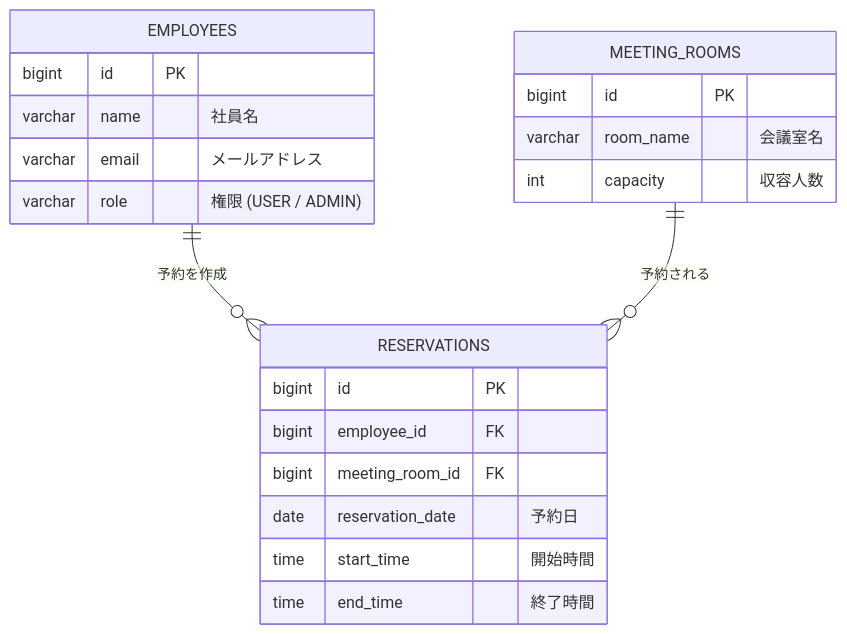
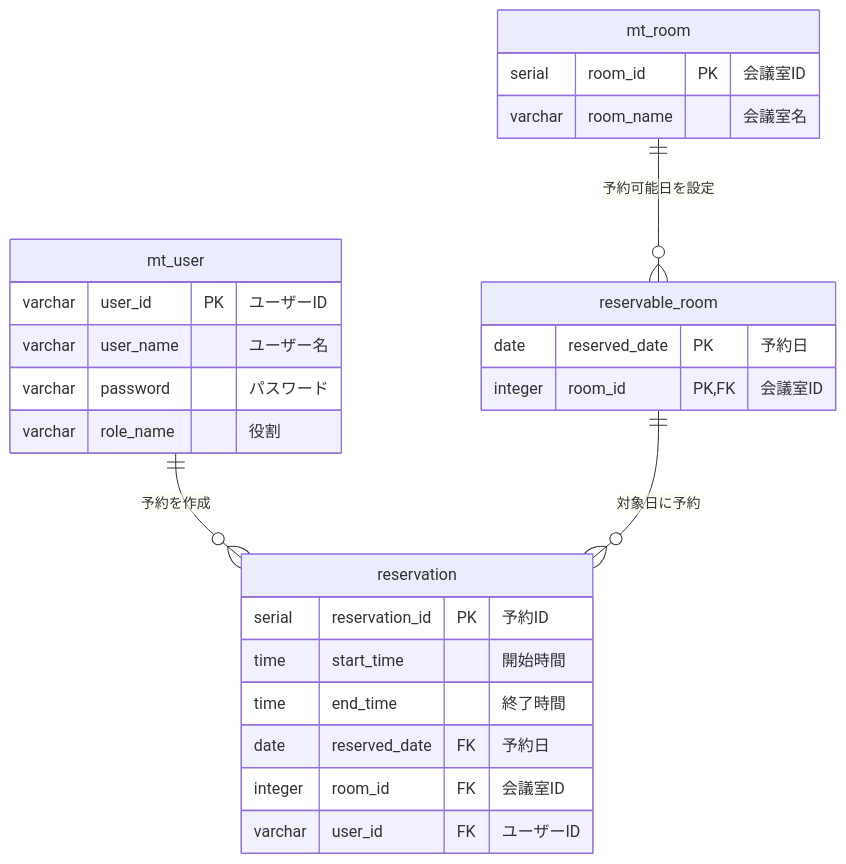
One commit to amemiyashark-eng/MeetingRoomReservationDemo changed the second of 2 diagrams in README.md. Above: the diagram before and after it, drawn with Mermaid.

````diff
--- a/README.md
+++ b/README.md
@@ -38,27 +38,32 @@
 ```mermaid
 erDiagram
-    EMPLOYEES ||--o{ RESERVATIONS : "予約を作成"
-    MEETING_ROOMS ||--o{ RESERVATIONS : "予約される"
+    mt_user ||--o{ reservation : "予約を作成"
+    mt_room ||--o{ reservable_room : "予約可能日を設定"
+    reservable_room ||--o{ reservation : "対象日に予約"
 
-    EMPLOYEES {
-        bigint id PK
-        varchar name "社員名"
-        varchar email "メールアドレス"
-        varchar role "権限 (USER / ADMIN)"
-    }
+    mt_room {
+        serial room_id PK "会議室ID"
+        varchar room_name "会議室名"
+    }
 
-    MEETING_ROOMS {
-        bigint id PK
-        varchar room_name "会議室名"
-        int capacity "収容人数"
-    }
+    reservable_room {
+        date reserved_date PK "予約日"
+        integer room_id PK,FK "会議室ID"
+    }
 
-    RESERVATIONS {
-        bigint id PK
-        bigint employee_id FK
-        bigint meeting_room_id FK
-        date reservation_date "予約日"
-        time start_time "開始時間"
-        time end_time "終了時間"
-    }
+    mt_user {
+        varchar user_id PK "ユーザーID"
+        varchar user_name "ユーザー名"
+        varchar password "パスワード"
+        varchar role_name "役割"
+    }
+
+    reservation {
+        serial reservation_id PK "予約ID"
+        time start_time "開始時間"
+        time end_time "終了時間"
+        date reserved_date FK "予約日"
+        integer room_id FK "会議室ID"
+        varchar user_id FK "ユーザーID"
+    }
 ```
````
